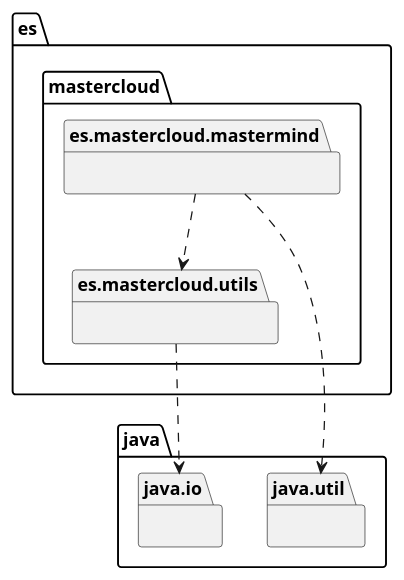
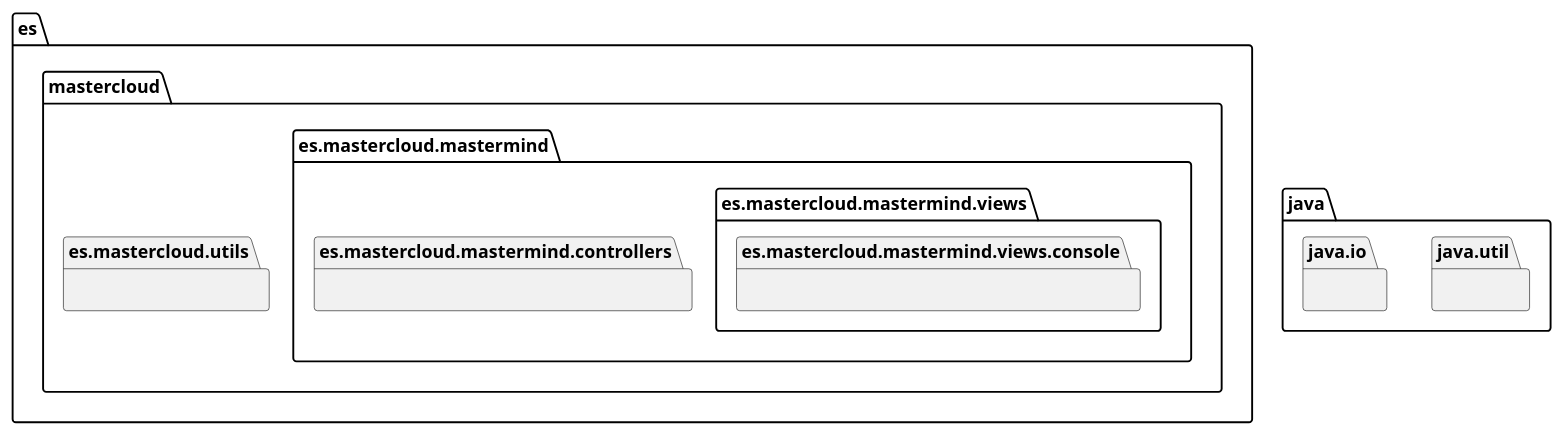
One commit to zuldare/masterCloudURJC-1-calidad-softwar changed the diagram in diagrams/Architecture.puml. Above: the diagram before and after it, drawn with PlantUML. The commit also changed 11 other files, not shown here.

Commit message:
Update Diagrama de clases

```diff
--- a/diagrams/Architecture.puml
+++ b/diagrams/Architecture.puml
@@ -1,12 +1,14 @@
 @startuml
 
-package "es.mastercloud.mastermind" {}
-package "java.util" {}
-package "java.io" {}
+package "es.mastercloud.mastermind"{}
+package "java.util"{}
+package "java.io"{}
 package "es.mastercloud.utils"{}
+package "es.mastercloud.mastermind.views.console"{}
+package "es.mastercloud.mastermind.views"{}
+package "es.mastercloud.mastermind.controllers"{}
 
 
-"es.mastercloud.mastermind" ..> "es.mastercloud.utils"
-"es.mastercloud.utils" ..> "java.io"
-"es.mastercloud.mastermind" ..> "java.util"
+
+
 @enduml
```
